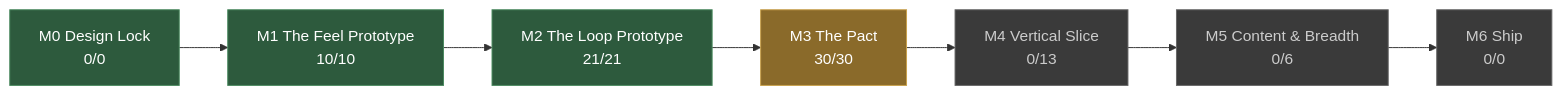
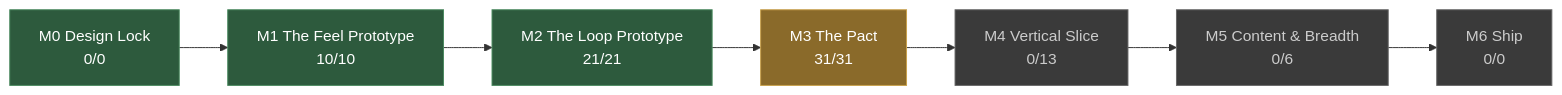
Before and after one commit to JoshuaGessner/she: the diagram in docs/STATUS.md, drawn with Mermaid. The commit also changed other lines of this file and 9 other files, not shown here.

````diff
--- a/docs/STATUS.md
+++ b/docs/STATUS.md
@@ -13,19 +13,19 @@
 ```mermaid
 flowchart LR
   M0["M0 Design Lock<br/>0/0"]:::passed
   M1["M1 The Feel Prototype<br/>10/10"]:::passed
   M0 --> M1
   M2["M2 The Loop Prototype<br/>21/21"]:::passed
   M1 --> M2
-  M3["M3 The Pact<br/>30/30"]:::current
+  M3["M3 The Pact<br/>31/31"]:::current
   M2 --> M3
   M4["M4 Vertical Slice<br/>0/13"]:::ahead
   M3 --> M4
   M5["M5 Content & Breadth<br/>0/6"]:::ahead
   M4 --> M5
   M6["M6 Ship<br/>0/0"]:::ahead
   M5 --> M6
   classDef passed fill:#2d5a3d,stroke:#4a8a5f,color:#fff
   classDef current fill:#8a6a2a,stroke:#c8a04a,color:#fff
   classDef ahead fill:#3a3a3a,stroke:#666,color:#ccc
 ```
````
